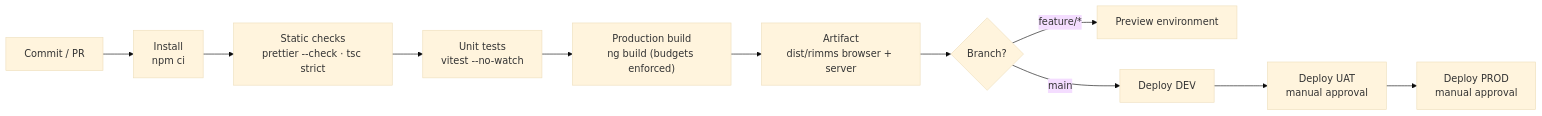
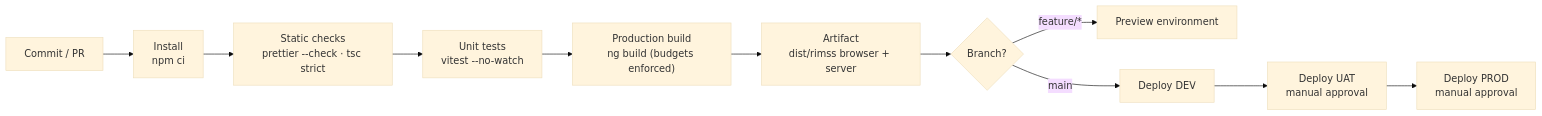
One commit to gauravmehta27/rimss changed the diagram in docs/02-build-strategy.md. Above: the diagram before and after it, drawn with Mermaid (base theme). The commit also changed other lines of this file and 30 other files, not shown here.

````diff
--- a/docs/02-build-strategy.md
+++ b/docs/02-build-strategy.md
@@ -5,13 +5,13 @@
 ```mermaid
 flowchart LR
   A["Commit / PR"] --> B["Install<br/>npm ci"]
   B --> C["Static checks<br/>prettier --check · tsc strict"]
   C --> D["Unit tests<br/>vitest --no-watch"]
   D --> E["Production build<br/>ng build (budgets enforced)"]
-  E --> F["Artifact<br/>dist/rimms browser + server"]
+  E --> F["Artifact<br/>dist/rimss browser + server"]
   F --> G{"Branch?"}
   G -- "feature/*" --> H["Preview environment"]
   G -- "main" --> I["Deploy DEV"]
   I --> J["Deploy UAT<br/>manual approval"]
   J --> K["Deploy PROD<br/>manual approval"]
 ```
````
